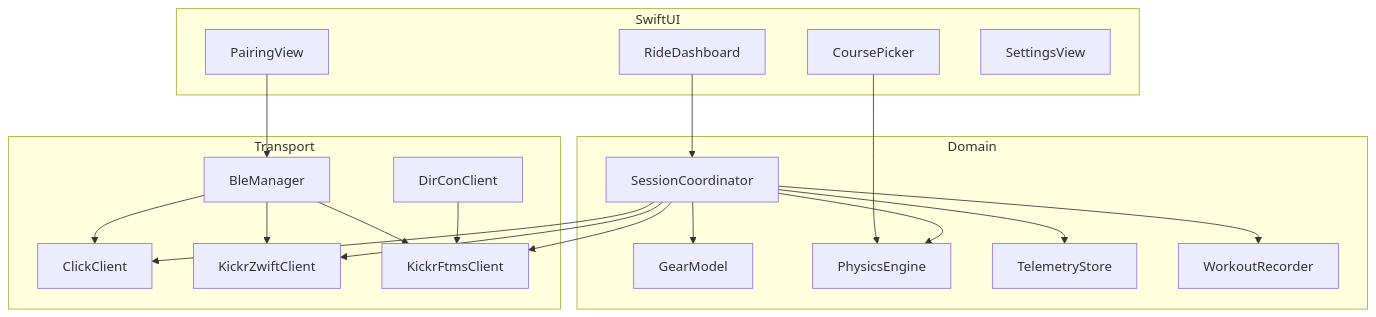
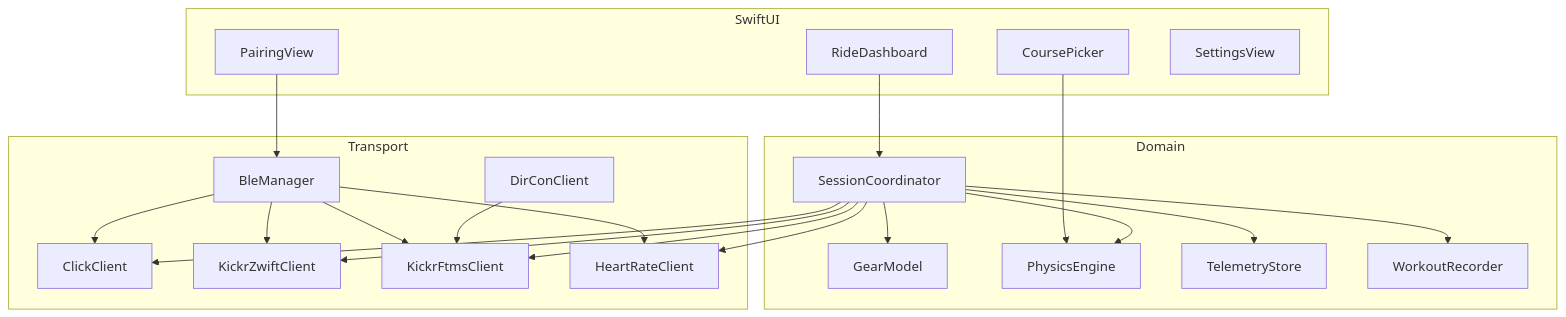
The second of 2 diagrams in PLAN.md (pymmog/virtual-cog), drawn with Mermaid before and after one commit. The commit also changed other lines of this file and 28 other files, not shown here.

First line of the commit message:
Add Apple Watch and BLE heart-rate pairing. (#3)

````diff
--- a/PLAN.md
+++ b/PLAN.md
@@ -59,37 +62,40 @@
 ```mermaid
 flowchart TB
   subgraph ui [SwiftUI]
     PairingView
     RideDashboard
     CoursePicker
     SettingsView
   end
   subgraph domain [Domain]
     SessionCoordinator
     GearModel
     PhysicsEngine
     TelemetryStore
     WorkoutRecorder
   end
   subgraph transport [Transport]
     BleManager
     ClickClient
     KickrZwiftClient
     KickrFtmsClient
+    HeartRateClient
     DirConClient
   end
   PairingView --> BleManager
   RideDashboard --> SessionCoordinator
   CoursePicker --> PhysicsEngine
   SessionCoordinator --> GearModel
   SessionCoordinator --> PhysicsEngine
   SessionCoordinator --> KickrZwiftClient
   SessionCoordinator --> KickrFtmsClient
   SessionCoordinator --> ClickClient
+  SessionCoordinator --> HeartRateClient
   SessionCoordinator --> TelemetryStore
   SessionCoordinator --> WorkoutRecorder
   BleManager --> ClickClient
   BleManager --> KickrZwiftClient
   BleManager --> KickrFtmsClient
+  BleManager --> HeartRateClient
   DirConClient --> KickrFtmsClient
 ```
````
